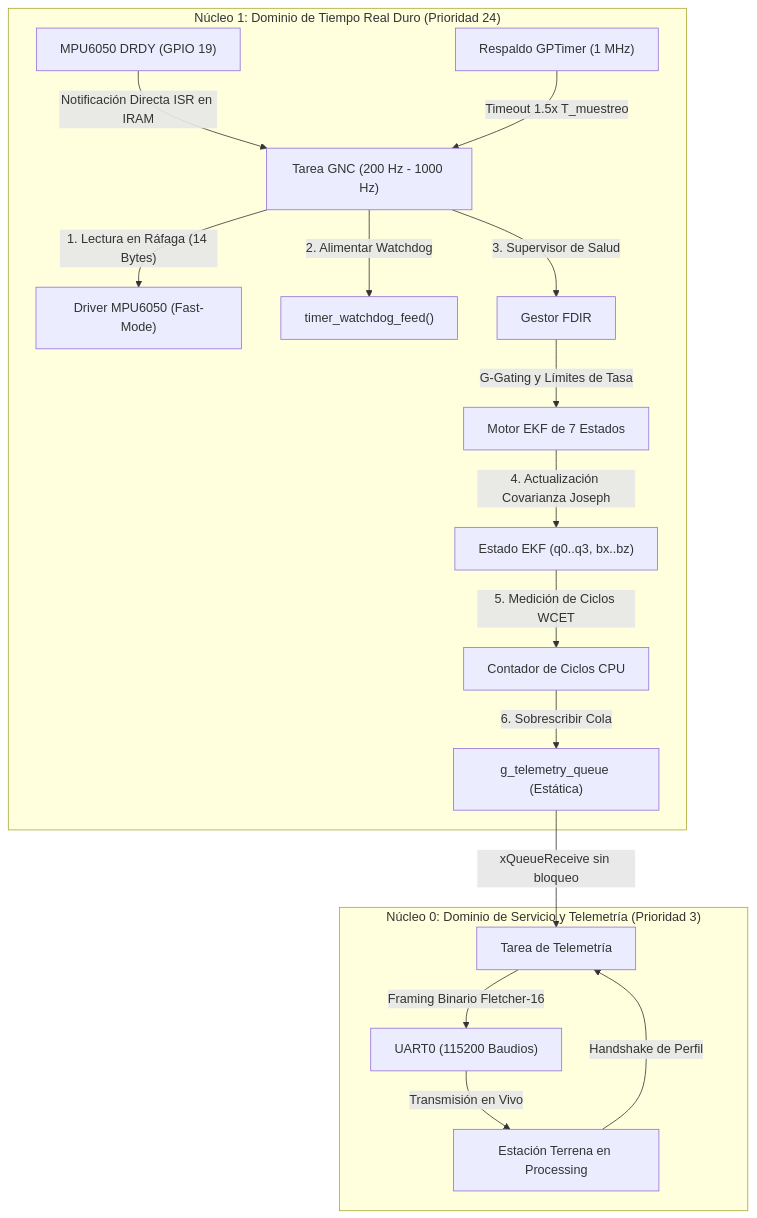
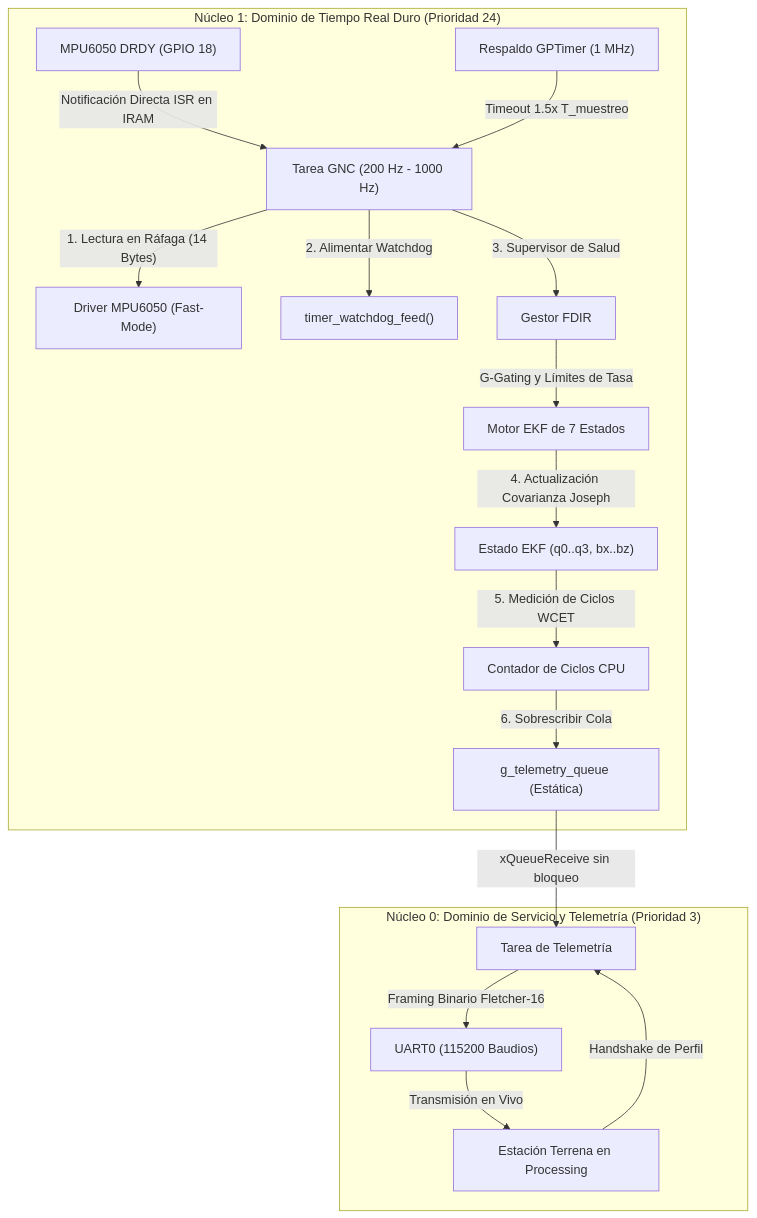
Before and after one commit to alejandromarquesrisso99-arch/esp32_flight_estimator: the diagram in README.md, drawn with Mermaid. The commit also changed other lines of this file and 2 other files, not shown here.

Commit message:
actualizar pin DRDY a GPIO 18 y alinear documentacion

````diff
--- a/README.md
+++ b/README.md
@@ -14,21 +14,21 @@
 ```mermaid
 flowchart TD
     subgraph Core_1 ["Núcleo 1: Dominio de Tiempo Real Duro (Prioridad 24)"]
-        DRDY["MPU6050 DRDY (GPIO 19)"] -->|"Notificación Directa ISR en IRAM"| GNC_Task["Tarea GNC (200 Hz - 1000 Hz)"]
+        DRDY["MPU6050 DRDY (GPIO 18)"] -->|"Notificación Directa ISR en IRAM"| GNC_Task["Tarea GNC (200 Hz - 1000 Hz)"]
         GPTimer["Respaldo GPTimer (1 MHz)"] -->|"Timeout 1.5x T_muestreo"| GNC_Task
         GNC_Task -->|"1. Lectura en Ráfaga (14 Bytes)"| MPU["Driver MPU6050 (Fast-Mode)"]
         GNC_Task -->|"2. Alimentar Watchdog"| Feed["timer_watchdog_feed()"]
         GNC_Task -->|"3. Supervisor de Salud"| FDIR["Gestor FDIR"]
         FDIR -->|"G-Gating y Límites de Tasa"| EKF_7D["Motor EKF de 7 Estados"]
         EKF_7D -->|"4. Actualización Covarianza Joseph"| EKF_State["Estado EKF (q0..q3, bx..bz)"]
         EKF_State -->|"5. Medición de Ciclos WCET"| WCET["Contador de Ciclos CPU"]
         WCET -->|"6. Sobrescribir Cola"| StaticQueue["g_telemetry_queue (Estática)"]
     end
 
     subgraph Core_0 ["Núcleo 0: Dominio de Servicio y Telemetría (Prioridad 3)"]
         StaticQueue -->|"xQueueReceive sin bloqueo"| TelemTask["Tarea de Telemetría"]
         TelemTask -->|"Framing Binario Fletcher-16"| UART["UART0 (115200 Baudios)"]
         UART -->|"Transmisión en Vivo"| GroundStation["Estación Terrena en Processing"]
         GroundStation -->|"Handshake de Perfil"| TelemTask
     end
 ```
````
